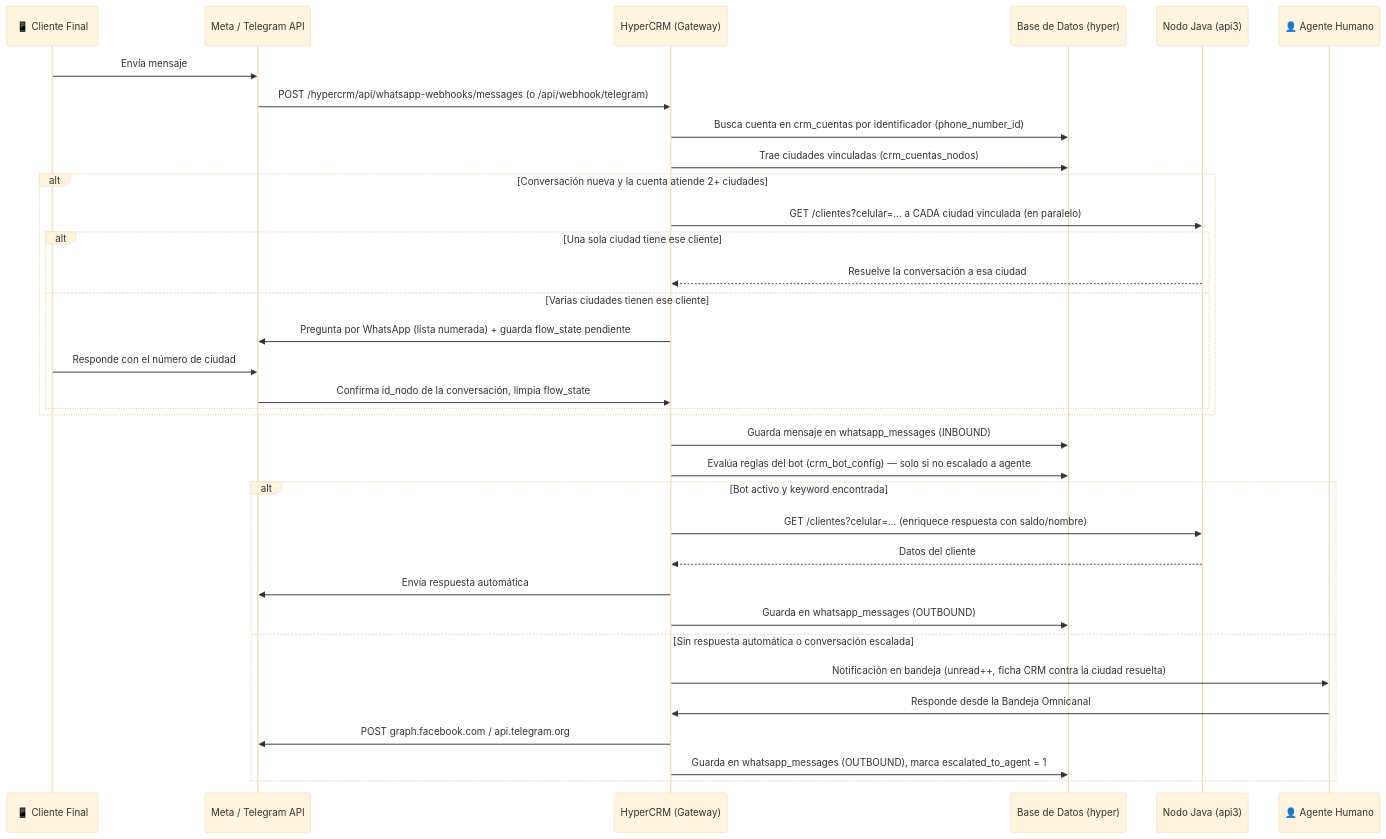
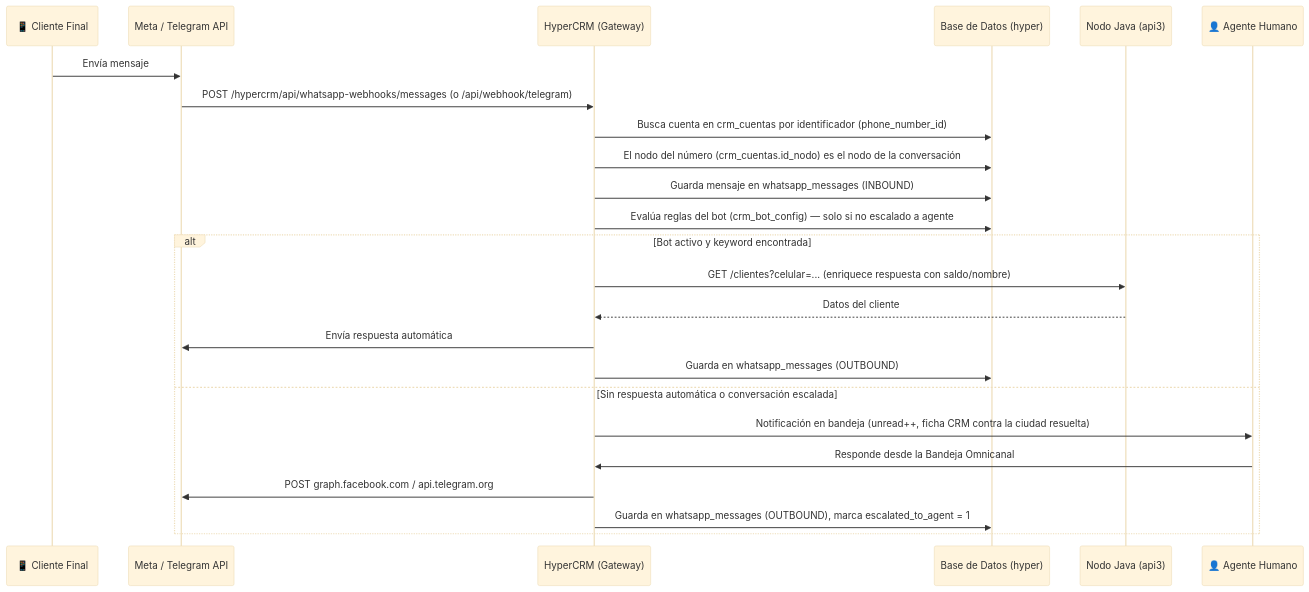
Before and after one commit to gbiloni/hyper: the diagram in Hypercrm/diseño y Arquitectura .md, drawn with Mermaid (base theme). The commit also changed other lines of this file and 11 other files, not shown here.

First line of the commit message:
Un número pertenece a un solo nodo (se elimina el modelo multi-ciudad)

````diff
--- a/Hypercrm/diseño y Arquitectura .md
+++ b/Hypercrm/diseño y Arquitectura .md
@@ -163,37 +151,27 @@
 ```mermaid
 sequenceDiagram
     participant Cliente as 📱 Cliente Final
     participant Meta as Meta / Telegram API
     participant CRM as HyperCRM (Gateway)
     participant DB as Base de Datos (hyper)
     participant Java as Nodo Java (api3)
     participant Agente as 👤 Agente Humano
 
     Cliente->>Meta: Envía mensaje
     Meta->>CRM: POST /hypercrm/api/whatsapp-webhooks/messages (o /api/webhook/telegram)
     CRM->>DB: Busca cuenta en crm_cuentas por identificador (phone_number_id)
-    CRM->>DB: Trae ciudades vinculadas (crm_cuentas_nodos)
-    alt Conversación nueva y la cuenta atiende 2+ ciudades
-        CRM->>Java: GET /clientes?celular=... a CADA ciudad vinculada (en paralelo)
-        alt Una sola ciudad tiene ese cliente
-            Java-->>CRM: Resuelve la conversación a esa ciudad
-        else Varias ciudades tienen ese cliente
-            CRM->>Meta: Pregunta por WhatsApp (lista numerada) + guarda flow_state pendiente
-            Cliente->>Meta: Responde con el número de ciudad
-            Meta->>CRM: Confirma id_nodo de la conversación, limpia flow_state
-        end
-    end
+    CRM->>DB: El nodo del número (crm_cuentas.id_nodo) es el nodo de la conversación
     CRM->>DB: Guarda mensaje en whatsapp_messages (INBOUND)
     CRM->>DB: Evalúa reglas del bot (crm_bot_config) — solo si no escalado a agente
     alt Bot activo y keyword encontrada
         CRM->>Java: GET /clientes?celular=... (enriquece respuesta con saldo/nombre)
         Java-->>CRM: Datos del cliente
         CRM->>Meta: Envía respuesta automática
         CRM->>DB: Guarda en whatsapp_messages (OUTBOUND)
     else Sin respuesta automática o conversación escalada
         CRM->>Agente: Notificación en bandeja (unread++, ficha CRM contra la ciudad resuelta)
         Agente->>CRM: Responde desde la Bandeja Omnicanal
         CRM->>Meta: POST graph.facebook.com / api.telegram.org
         CRM->>DB: Guarda en whatsapp_messages (OUTBOUND), marca escalated_to_agent = 1
     end
 ```
````
